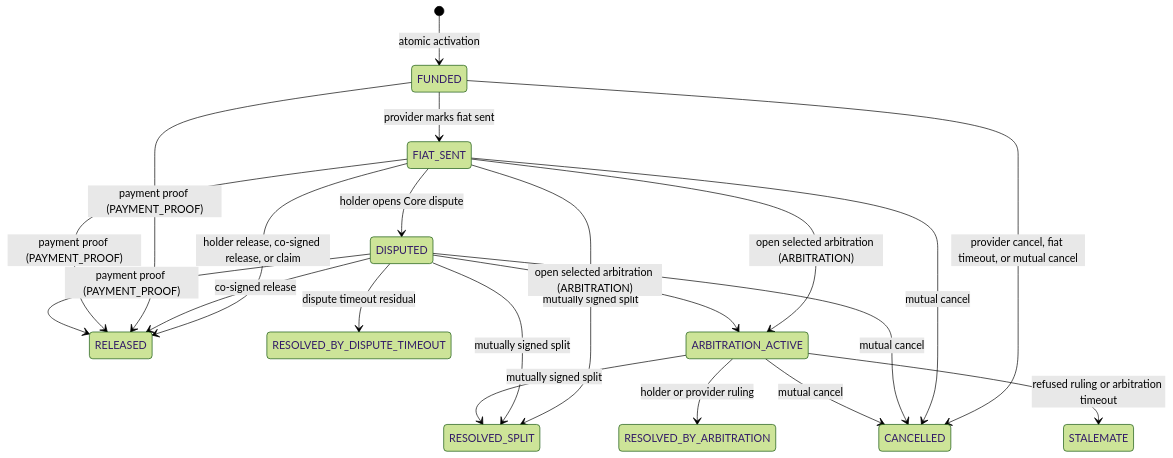
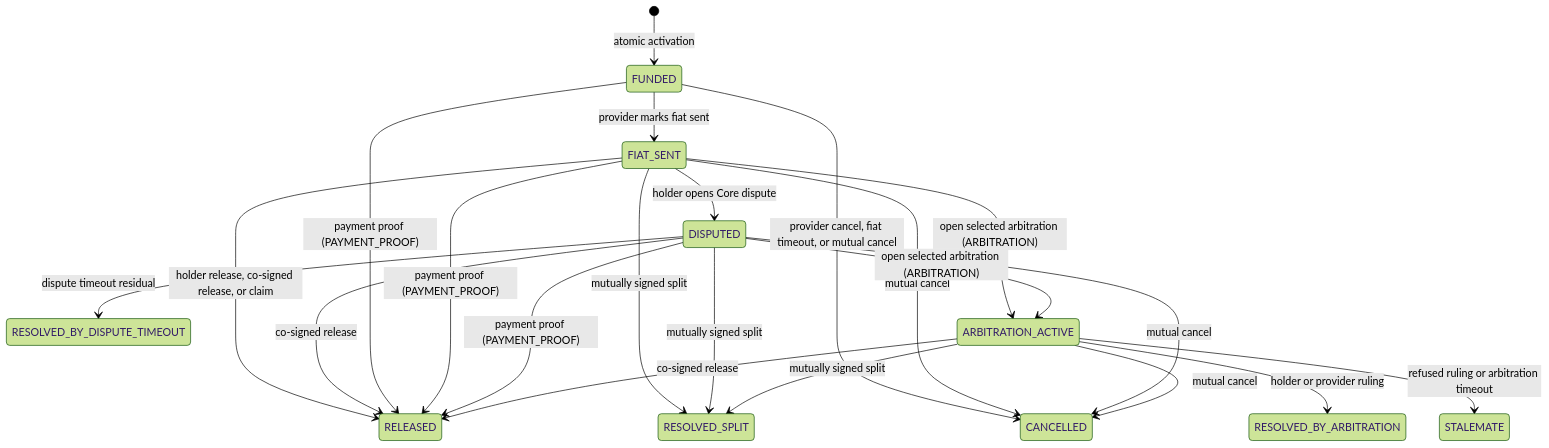
Before and after one commit to PluriSwap/pluriswap: the diagram in PROTOCOL.md, drawn with Mermaid (forest theme). The commit also changed other lines of this file and 12 other files, not shown here.

````diff
--- a/PROTOCOL.md
+++ b/PROTOCOL.md
@@ -477,23 +575,24 @@
 ```mermaid
 stateDiagram-v2
     [*] --> FUNDED: atomic activation
     FUNDED --> FIAT_SENT: provider marks fiat sent
     FUNDED --> CANCELLED: provider cancel, fiat timeout, or mutual cancel
     FIAT_SENT --> RELEASED: holder release, co-signed release, or claim
     FIAT_SENT --> RESOLVED_SPLIT: mutually signed split
     FIAT_SENT --> CANCELLED: mutual cancel
     FIAT_SENT --> DISPUTED: holder opens Core dispute
     DISPUTED --> CANCELLED: mutual cancel
     DISPUTED --> RELEASED: co-signed release
     DISPUTED --> RESOLVED_SPLIT: mutually signed split
     DISPUTED --> RESOLVED_BY_DISPUTE_TIMEOUT: dispute timeout residual
     FUNDED --> RELEASED: payment proof (PAYMENT_PROOF)
     FIAT_SENT --> RELEASED: payment proof (PAYMENT_PROOF)
     DISPUTED --> RELEASED: payment proof (PAYMENT_PROOF)
     FIAT_SENT --> ARBITRATION_ACTIVE: open selected arbitration (ARBITRATION)
     DISPUTED --> ARBITRATION_ACTIVE: open selected arbitration (ARBITRATION)
     ARBITRATION_ACTIVE --> RESOLVED_BY_ARBITRATION: holder or provider ruling
     ARBITRATION_ACTIVE --> STALEMATE: refused ruling or arbitration timeout
+    ARBITRATION_ACTIVE --> RELEASED: co-signed release
     ARBITRATION_ACTIVE --> RESOLVED_SPLIT: mutually signed split
     ARBITRATION_ACTIVE --> CANCELLED: mutual cancel
 ```
````
